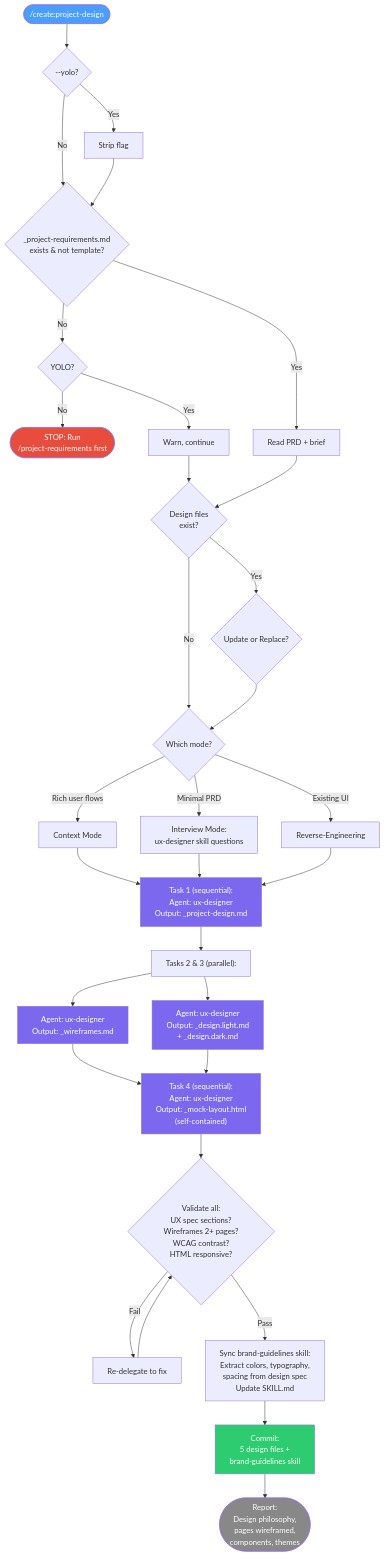
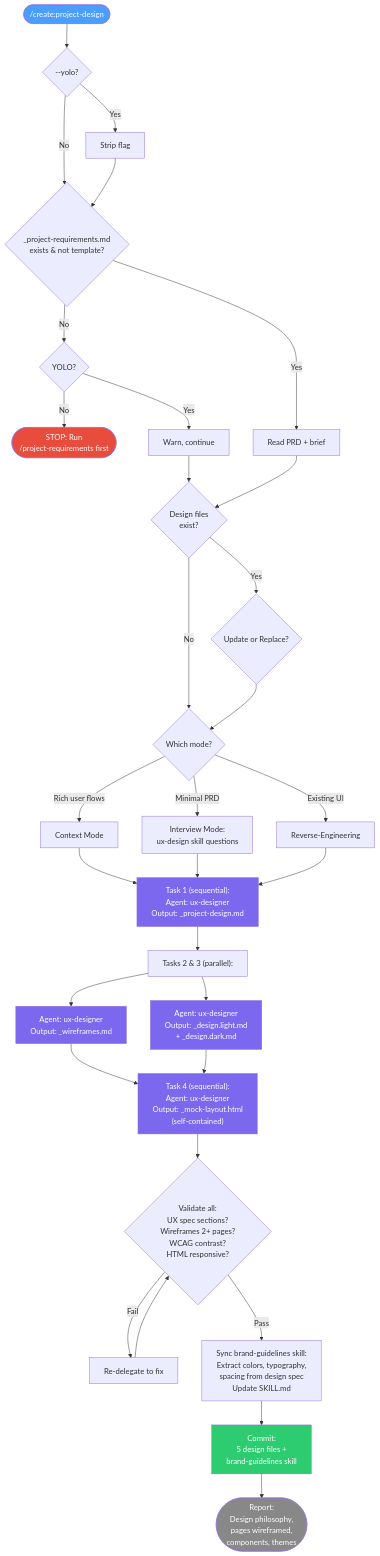
Before and after one commit to Domdhi/Agents.Domdhi: the seventh of 37 diagrams in docs/reference/commands.md, drawn with Mermaid. The commit also changed other lines of this file and 113 other files, not shown here.

````diff
--- a/docs/reference/commands.md
+++ b/docs/reference/commands.md
@@ -324,55 +324,55 @@
 ```mermaid
 flowchart TD
     START(["/create:project-design"]) --> YOLO{--yolo?}
     YOLO -->|Yes| STRIP[Strip flag]
     YOLO -->|No| GATE
     STRIP --> GATE
 
     GATE{_project-requirements.md\nexists & not template?}
     GATE -->|No| YOLO_CHK{YOLO?}
     YOLO_CHK -->|No| STOP(["STOP: Run\n/project-requirements first"])
     YOLO_CHK -->|Yes| WARN[Warn, continue]
     GATE -->|Yes| READ[Read PRD + brief]
     WARN --> EXIST
 
     READ --> EXIST{Design files\nexist?}
     EXIST -->|Yes| ASK{Update or Replace?}
     EXIST -->|No| MODE
     ASK --> MODE
 
     MODE{Which mode?}
     MODE -->|Rich user flows| CTX[Context Mode]
-    MODE -->|Minimal PRD| INT[Interview Mode:\nux-designer skill questions]
+    MODE -->|Minimal PRD| INT[Interview Mode:\nux-design skill questions]
     MODE -->|Existing UI| REV[Reverse-Engineering]
 
     CTX --> T1
     INT --> T1
     REV --> T1
 
     T1["Task 1 (sequential):\nAgent: ux-designer\nOutput: _project-design.md"]
 
     T1 --> PAR["Tasks 2 & 3 (parallel):"]
     PAR --> T2["Agent: ux-designer\nOutput: _wireframes.md"]
     PAR --> T3["Agent: ux-designer\nOutput: _design.light.md\n+ _design.dark.md"]
 
     T2 --> T4
     T3 --> T4
     T4["Task 4 (sequential):\nAgent: ux-designer\nOutput: _mock-layout.html\n(self-contained)"]
 
     T4 --> VALIDATE{Validate all:\nUX spec sections?\nWireframes 2+ pages?\nWCAG contrast?\nHTML responsive?}
     VALIDATE -->|Fail| FIX[Re-delegate to fix]
     FIX --> VALIDATE
     VALIDATE -->|Pass| SYNC["Sync brand-guidelines skill:\nExtract colors, typography,\nspacing from design spec\nUpdate SKILL.md"]
 
     SYNC --> COMMIT["Commit:\n5 design files +\nbrand-guidelines skill"]
     COMMIT --> REPORT(["Report:\nDesign philosophy,\npages wireframed,\ncomponents, themes"])
 
     style START fill:#4a9eff,color:#fff
     style STOP fill:#e74c3c,color:#fff
     style T1 fill:#7b68ee,color:#fff
     style T2 fill:#7b68ee,color:#fff
     style T3 fill:#7b68ee,color:#fff
     style T4 fill:#7b68ee,color:#fff
     style COMMIT fill:#2ecc71,color:#fff
     style REPORT fill:#888,color:#fff
 ```
````
